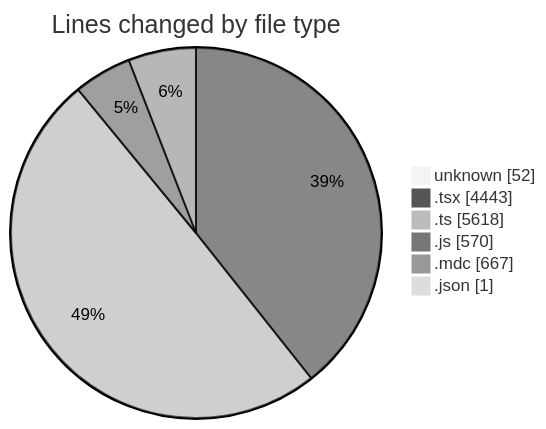
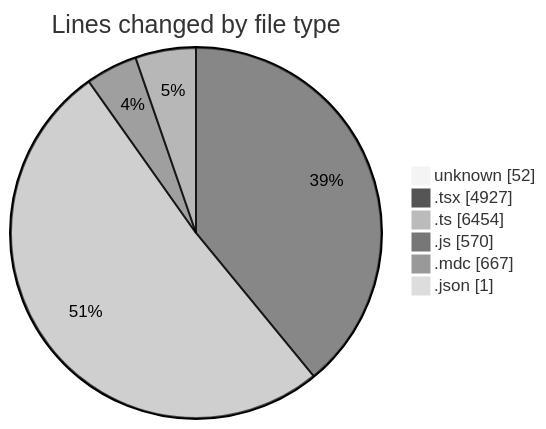
One commit to CELIANVF/code-tracking changed the first of 2 diagrams in 2025-06-02/ecodeli-1/README.md. Above: the diagram before and after it, drawn with Mermaid (neutral theme). The commit also changed other lines of this file and 1 other file, not shown here.

````diff
--- a/2025-06-02/ecodeli-1/README.md
+++ b/2025-06-02/ecodeli-1/README.md
@@ -68,10 +68,10 @@
 ```mermaid
 pie showData
 title Lines changed by file type
 "unknown" : 52
-".tsx" : 4443
-".ts" : 5618
+".tsx" : 4927
+".ts" : 6454
 ".js" : 570
 ".mdc" : 667
 ".json" : 1
 ```
````
